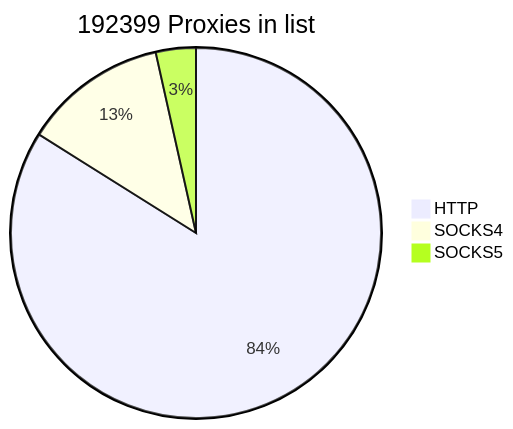
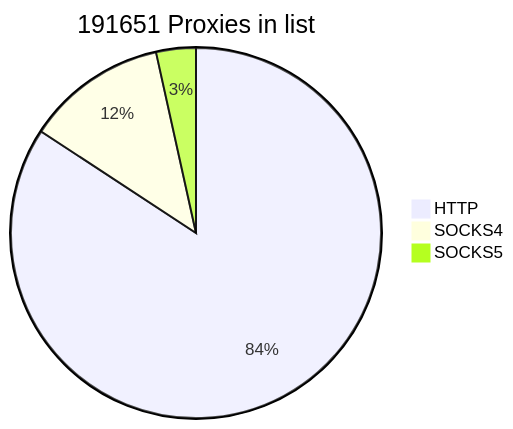
Before and after one commit to cutipu/proxylist: the first of 2 diagrams in README.md, drawn with Mermaid. The commit also changed other lines of this file, not shown here.

````diff
--- a/README.md
+++ b/README.md
@@ -2,7 +2,7 @@
 ```mermaid
-pie title 192399 Proxies in list
-    "HTTP" : 161461
-    "SOCKS4" : 24214
-    "SOCKS5" : 6724
+pie title 191651 Proxies in list
+    "HTTP" : 161437
+    "SOCKS4" : 23573
+    "SOCKS5" : 6641
             
 ```
````
